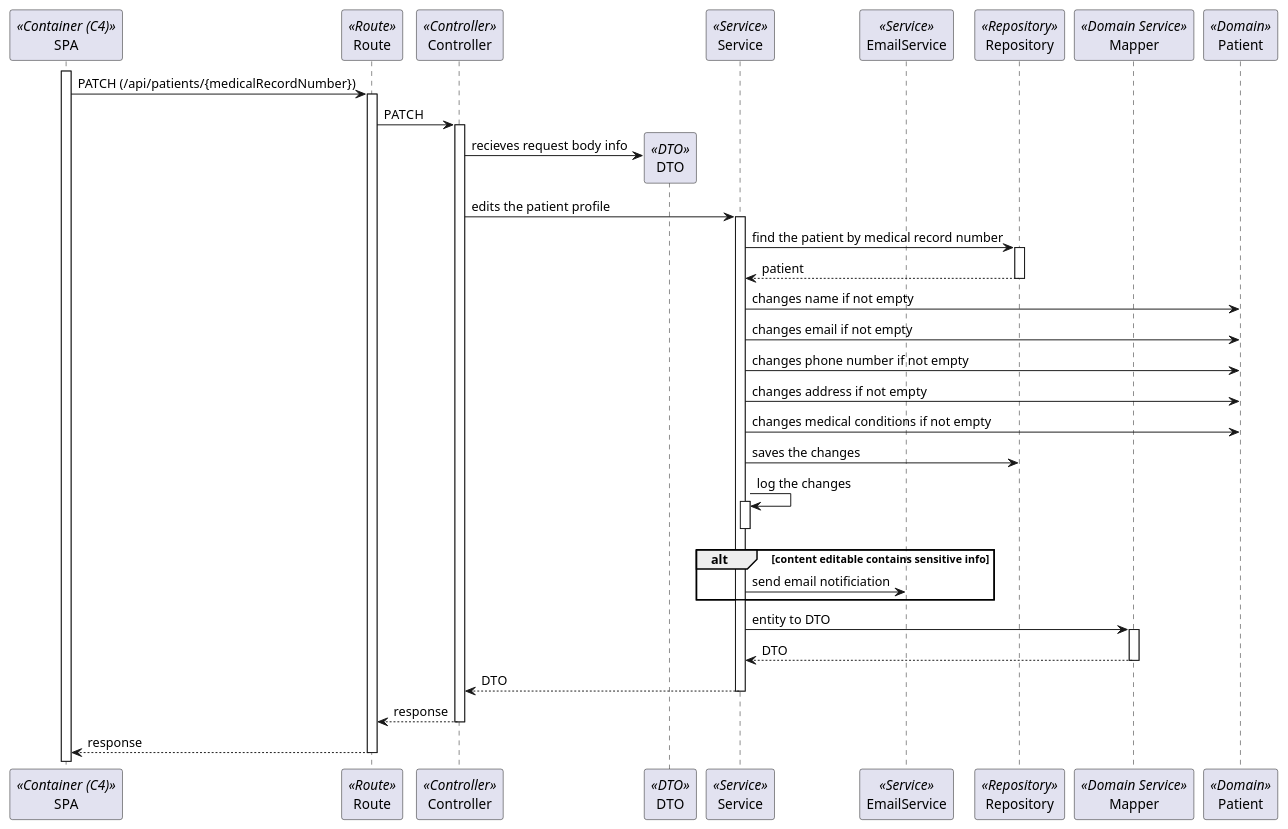
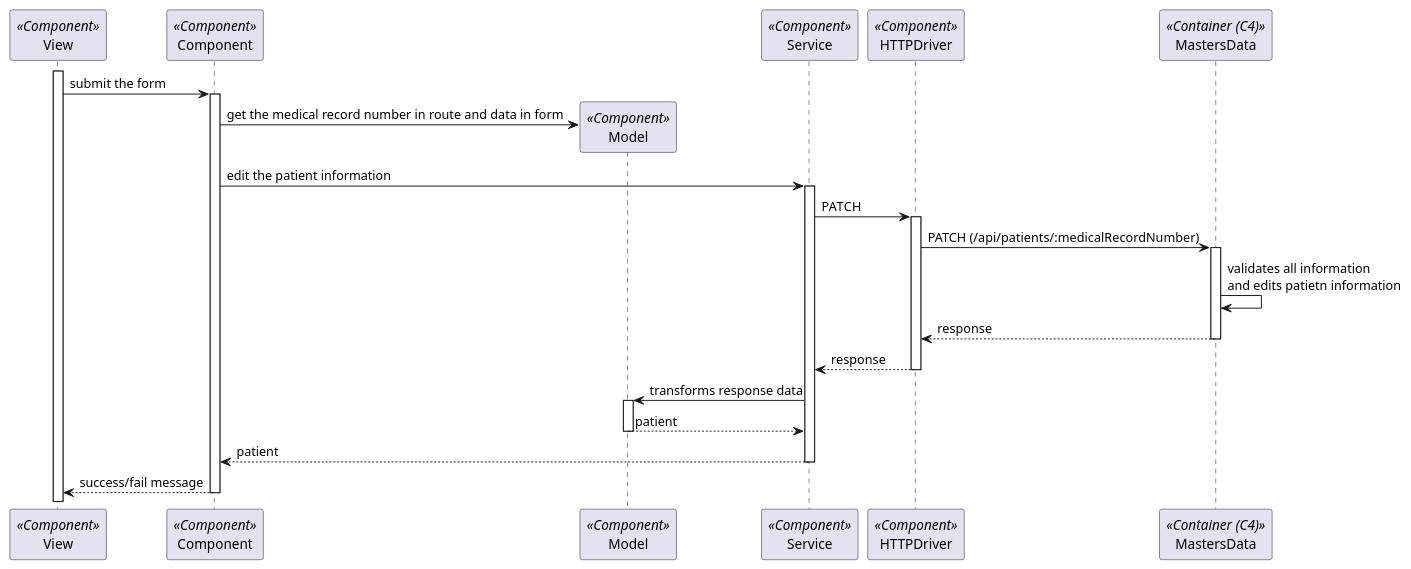
One commit to Rodrick0209/ISEP-SEM5PI-24-25 changed the diagram in docs/Sprint_2/Backoffice/US_6.2.7/L3/Process_View.puml. Above: the diagram before and after it, drawn with PlantUML. The commit also changed 19 other files, not shown here.

Commit message:
Updated level 3 diagrams for SPA adaptation #25

```diff
--- a/docs/Sprint_2/Backoffice/US_6.2.7/L3/Process_View.puml
+++ b/docs/Sprint_2/Backoffice/US_6.2.7/L3/Process_View.puml
@@ -2,41 +2,28 @@
 @startuml Process_View
-participant SPA as FE <<Container (C4)>>
-participant Route as Route <<Route>>
-participant Controller as Controller <<Controller>>
-participant DTO as DTO <<DTO>>
-participant Service as Service <<Service>>
-participant EmailService as EmailService <<Service>>
-participant Repository as Repository <<Repository>>
-participant Mapper as Mapper <<Domain Service>>
-participant Patient as Domain <<Domain>>
-activate FE
-FE -> Route: PATCH (/api/patients/{medicalRecordNumber})
-activate Route
-Route -> Controller : PATCH
-activate Controller
-Controller -> DTO** : recieves request body info
-Controller -> Service : edits the patient profile
+participant View as View <<Component>>
+participant Component as Component <<Component>>
+participant Model as Model <<Component>>
+participant Service as Service <<Component>>
+participant HTTPDriver as HTTPDriver <<Component>>
+participant MastersData as BE <<Container (C4)>>
+
+activate View
+View -> Component: submit the form
+activate Component
+Component -> Model**: get the medical record number in route and data in form
+Component -> Service: edit the patient information
 activate Service
-Service -> Repository : find the patient by medical record number
-activate Repository
-return patient
-Service -> Domain : changes name if not empty
-Service -> Domain : changes email if not empty
-Service -> Domain : changes phone number if not empty
-Service -> Domain : changes address if not empty
-Service -> Domain : changes medical conditions if not empty
-Service -> Repository : saves the changes
-Service -> Service : log the changes
-activate Service
-deactivate Service
-alt content editable contains sensitive info
-    Service -> EmailService : send email notificiation
-end
-Service -> Mapper : entity to DTO
-activate Mapper
-return DTO
-return DTO
+Service -> HTTPDriver: PATCH
+activate HTTPDriver
+HTTPDriver -> BE: PATCH (/api/patients/:medicalRecordNumber)
+activate BE
+BE -> BE: validates all information\nand edits patietn information
 return response
 return response
+Service -> Model: transforms response data
+activate Model
+return patient
+return patient
+return success/fail message
 
 @enduml
```
